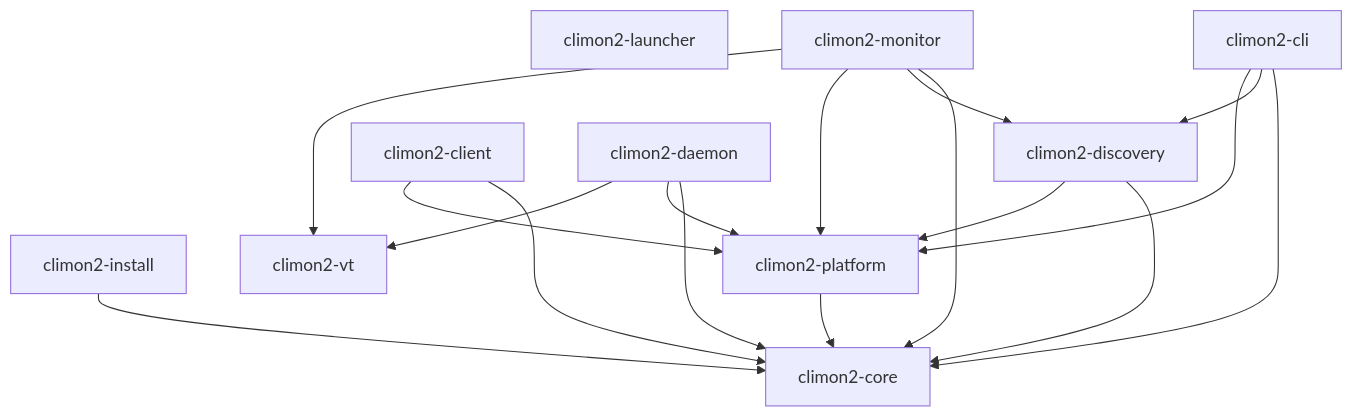
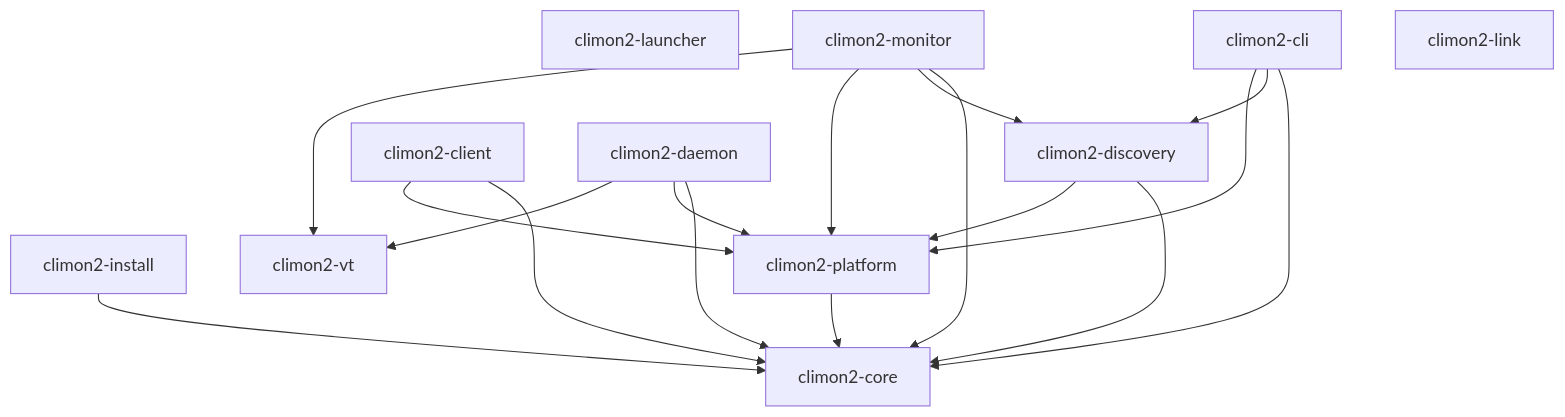
The first of 3 diagrams in docs/for-humans/architecture/crate-relationships.md (jackgeek/climon2), drawn with Mermaid before and after one commit. The commit also changed other lines of this file and 1 other file, not shown here.

First line of the commit message:
Show the link crate in the crate relationships and ADR 0004 (#492)

````diff
--- a/docs/for-humans/architecture/crate-relationships.md
+++ b/docs/for-humans/architecture/crate-relationships.md
@@ -14,30 +15,31 @@
 ```mermaid
 flowchart TB
     launcher["climon2-launcher"]
     cli["climon2-cli"]
     discovery["climon2-discovery"]
     client["climon2-client"]
     daemon["climon2-daemon"]
     install["climon2-install"]
     monitor["climon2-monitor"]
     platform["climon2-platform"]
     core["climon2-core"]
     vt["climon2-vt"]
+    link["climon2-link"]
 
     cli --> core
     cli --> discovery
     cli --> platform
     discovery --> core
     discovery --> platform
     client --> core
     client --> platform
     daemon --> core
     daemon --> platform
     daemon --> vt
     install --> core
     monitor --> core
     monitor --> discovery
     monitor --> platform
     monitor --> vt
     platform --> core
 ```
````
